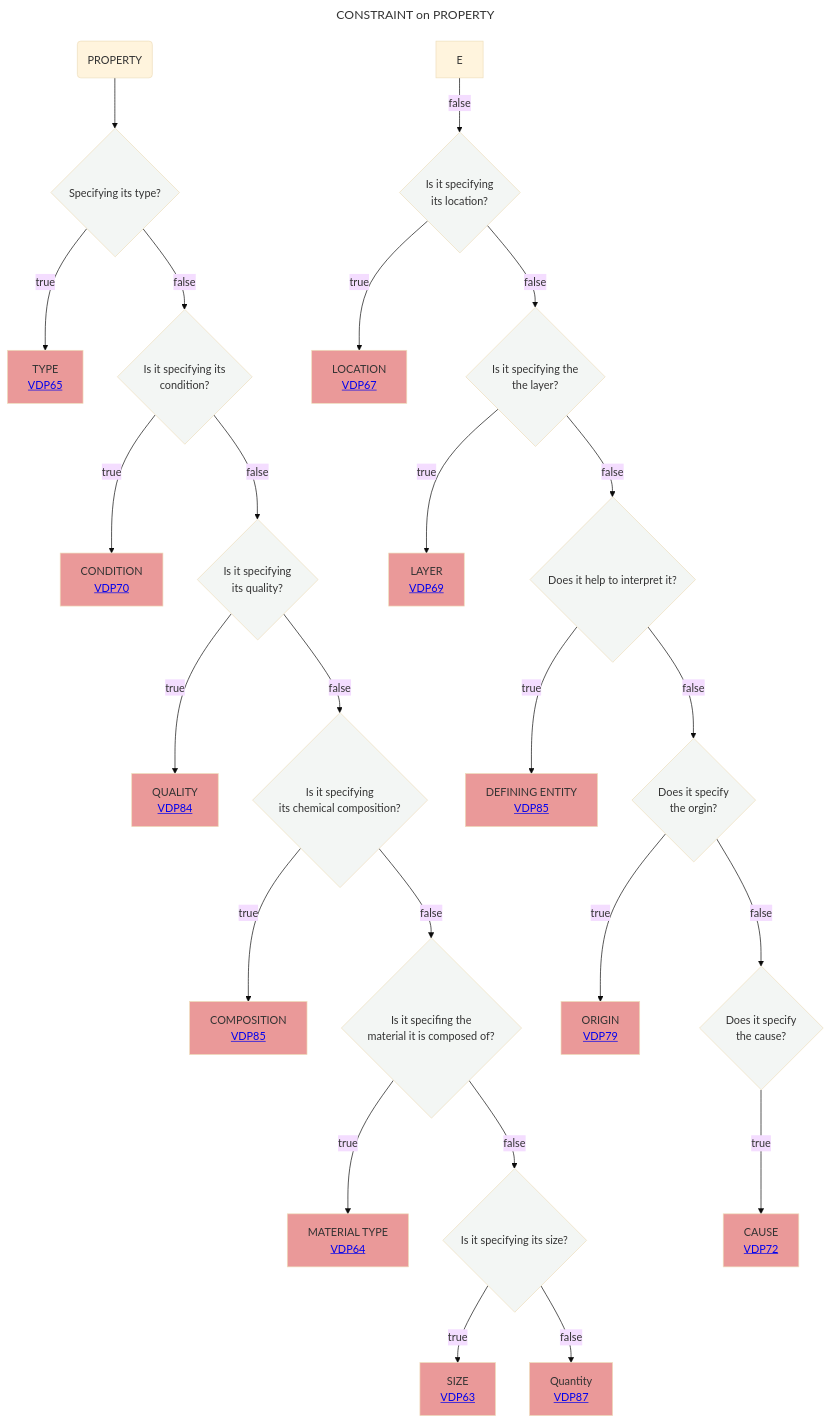
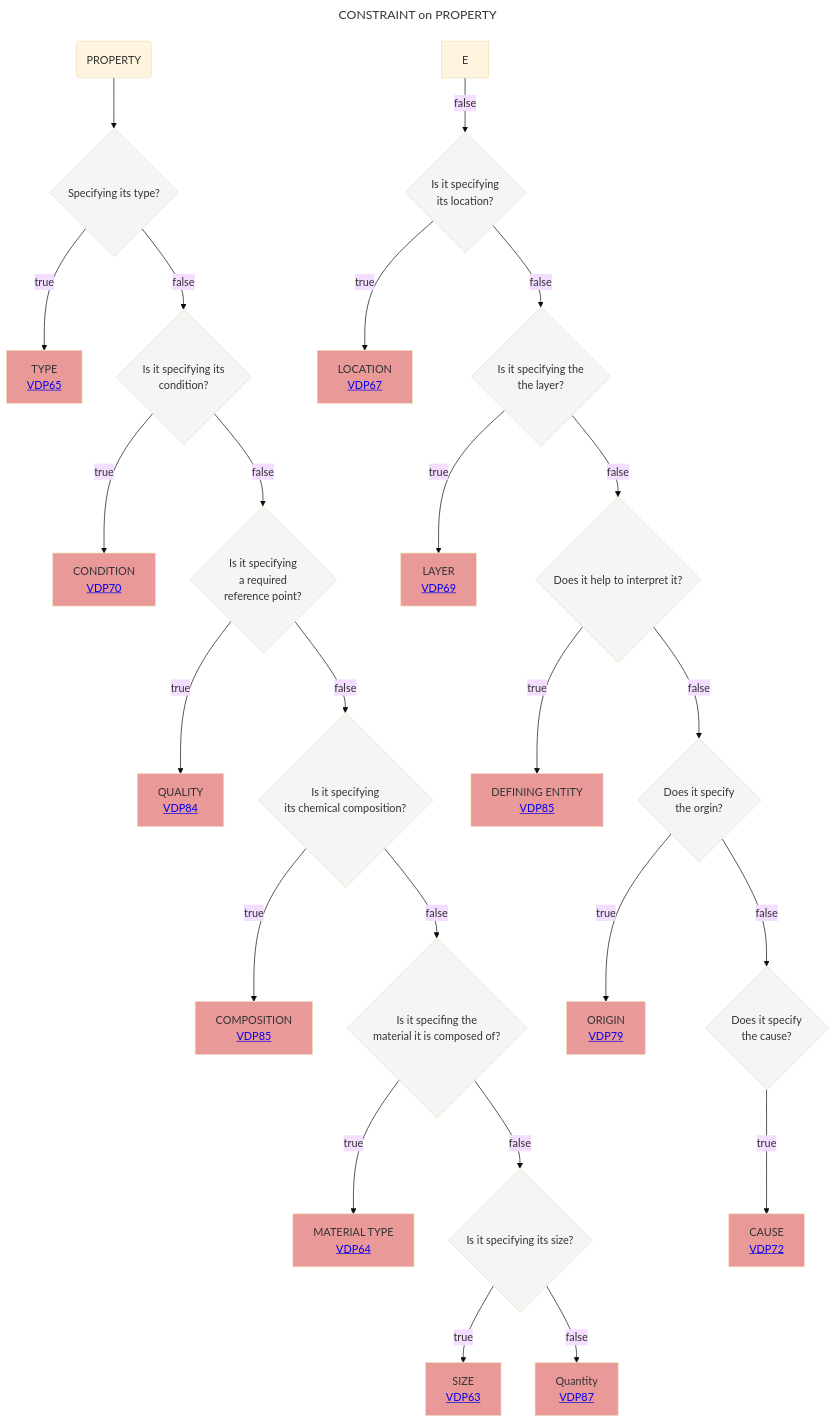
Before and after one commit to mabablue/I-ADOPT-patterns-playground: the diagram in Decisition_trees/DT9.mmd, drawn with Mermaid (base theme).

```diff
--- a/Decisition_trees/DT9.mmd
+++ b/Decisition_trees/DT9.mmd
@@ -1,32 +1,32 @@
 ---
 title: CONSTRAINT on PROPERTY
 ---
 flowchart TD
     A(PROPERTY)  --> B{Specifying its type?}:::white
     B --> |true|C[TYPE <br> <a href='https://github.com/mabablue/I-ADOPT-patterns-playground/blob/main/pattern/VDP65.yaml'>VDP65</a>]:::rose
     B --> |false|G{Is it specifying its <br> condition?}:::white
     E --> |false|R{Is it specifying <br> its location?}:::white
     G --> |true|H[CONDITION <br> <a href='https://github.com/mabablue/I-ADOPT-patterns-playground/blob/main/pattern/VDP70.yaml'>VDP70</a>]:::rose
-    G --> |false|I{Is it specifying <br> its quality?}:::white
+    G --> |false|I{Is it specifying <br> a required <br> reference point?}:::white
     I --> |true|K[QUALITY <br> <a href='https://github.com/mabablue/I-ADOPT-patterns-playground/blob/main/pattern/VDP84.yaml'>VDP84</a>]:::rose
     I --> |false|L{Is it specifying <br> its chemical composition?}:::white
     L --> |true|M[COMPOSITION <br> <a href='https://github.com/mabablue/I-ADOPT-patterns-playground/blob/main/pattern/VDP85.yaml'>VDP85</a>]:::rose
     L --> |false|N{Is it specifing the <br> material it is composed of?}:::white
     N --> |true|O[MATERIAL TYPE <br> <a href='https://github.com/mabablue/I-ADOPT-patterns-playground/blob/main/pattern/VDP64.yaml'>VDP64</a>]:::rose
     N --> |false|P{Is it specifying its size?}:::white
     P --> |true|Q[SIZE <br> <a href='https://github.com/mabablue/I-ADOPT-patterns-playground/blob/main/pattern/VDP63.yaml'>VDP63</a>]:::rose
     P --> |false|QR[Quantity <br> <a href='https://github.com/mabablue/I-ADOPT-patterns-playground/blob/main/pattern/VDP87.yaml'>VDP87</a>]:::rose 
     R --> |true|S[LOCATION <br> <a href='https://github.com/mabablue/I-ADOPT-patterns-playground/blob/main/pattern/VDP67.yaml'>VDP67</a>]:::rose 
     R --> |false|T{Is it specifying the <br> the layer?}:::white
     T --> |true|U[LAYER <br> <a href='https://github.com/mabablue/I-ADOPT-patterns-playground/blob/main/pattern/VDP69.yaml'>VDP69</a>]:::rose
     T --> |false|V{Does it help to interpret it?}:::white
     V --> |true|W[DEFINING ENTITY <br> <a href='https://github.com/mabablue/I-ADOPT-patterns-playground/blob/main/pattern/VDP85.yaml'>VDP85</a>]:::rose
     V --> |false|VW{Does it specify <br> the orgin?}:::white
     VW --> |true|WV[ORIGIN <br> <a href='https://github.com/mabablue/I-ADOPT-patterns-playground/blob/main/pattern/VDP79.yaml'>VDP79</a>]:::rose
     VW --> |false|X{Does it specify <br> the cause?}:::white
     X --> |true|Y[CAUSE <br> <a href='https://github.com/mabablue/I-ADOPT-patterns-playground/blob/main/pattern/VDP72.yaml'>VDP72</a>]:::rose
    classDef blue fill:#90D5FF
    classDef satblue fill:#57B9FF 
    classDef white fill:#f3f6f4
    classDef green fill:#6aa84f
    classDef rose fill:#ea9999
```
